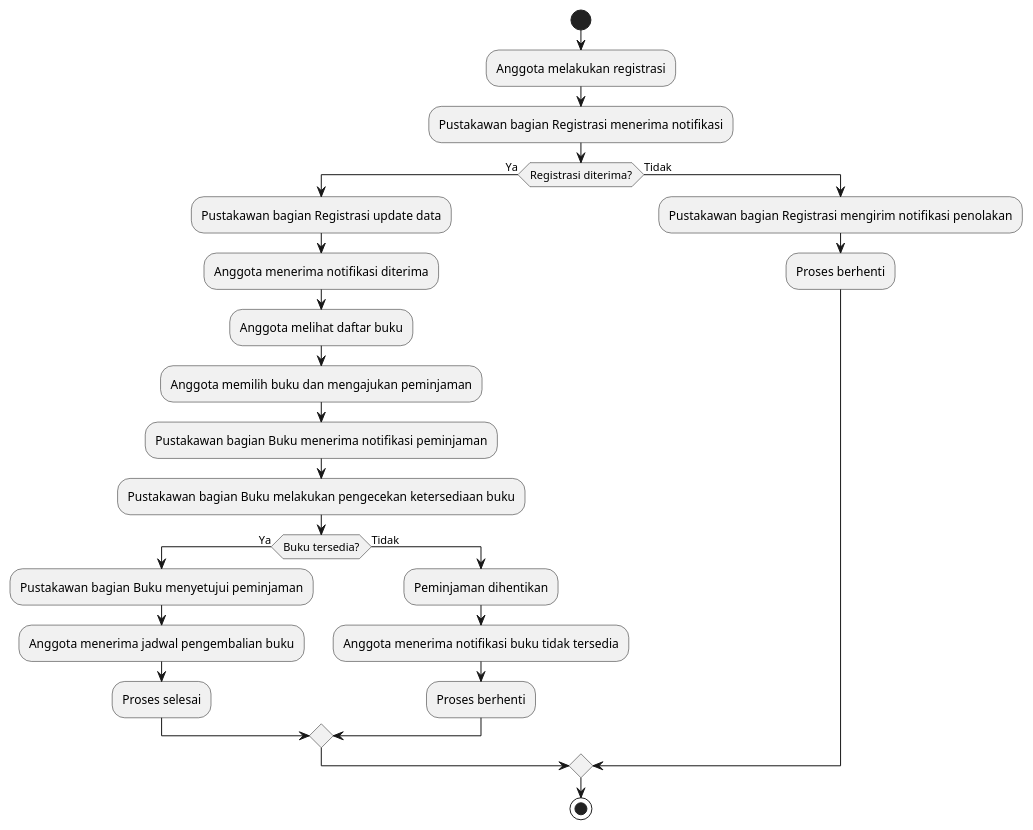
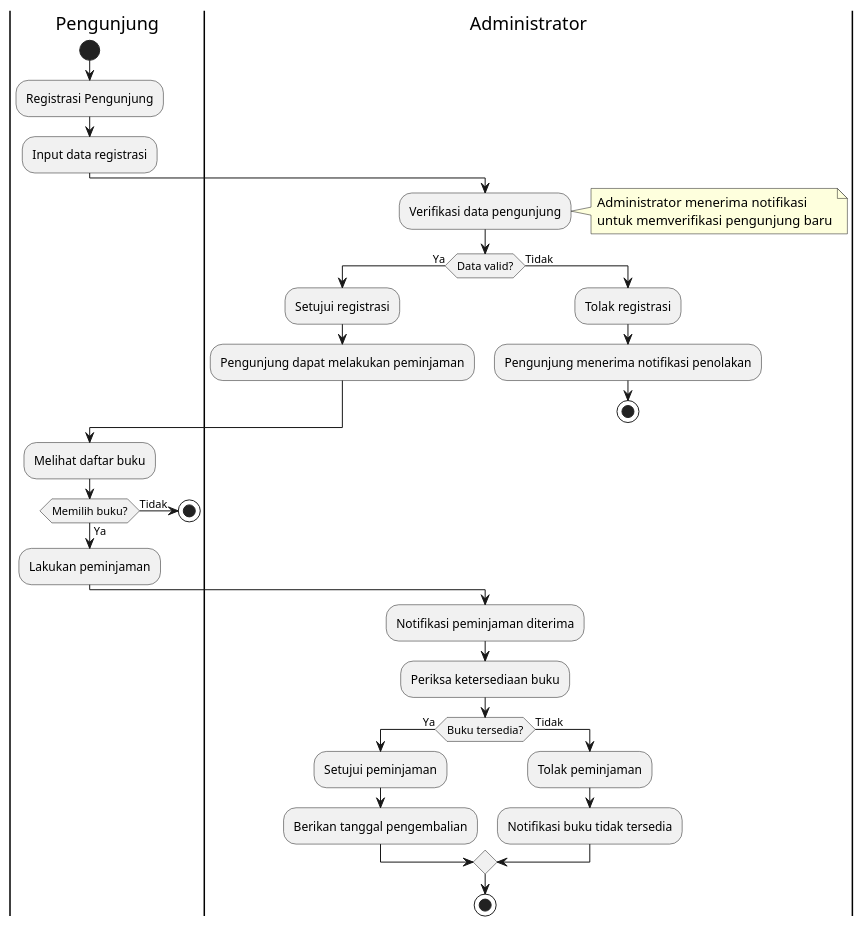
One commit to iqbalbn03/desain-algo changed the diagram in UTS/dokumen/flowchart.puml. Above: the diagram before and after it, drawn with PlantUML. The commit also changed 2 other files, not shown here.

```diff
--- a/UTS/dokumen/flowchart.puml
+++ b/UTS/dokumen/flowchart.puml
@@ -1,29 +1,40 @@
 @startuml flowchart
+|Pengunjung|
 start
+:Registrasi Pengunjung;
+:Input data registrasi;
 
-:Anggota melakukan registrasi;
-:Pustakawan bagian Registrasi menerima notifikasi;
-if (Registrasi diterima?) then (Ya)
-    :Pustakawan bagian Registrasi update data;
-    :Anggota menerima notifikasi diterima;
-    :Anggota melihat daftar buku;
-    :Anggota memilih buku dan mengajukan peminjaman;
-    :Pustakawan bagian Buku menerima notifikasi peminjaman;
-    :Pustakawan bagian Buku melakukan pengecekan ketersediaan buku;
-    
-    if (Buku tersedia?) then (Ya)
-        :Pustakawan bagian Buku menyetujui peminjaman;
-        :Anggota menerima jadwal pengembalian buku;
-        :Proses selesai;
-    else (Tidak)
-        :Peminjaman dihentikan;
-        :Anggota menerima notifikasi buku tidak tersedia;
-        :Proses berhenti;
-    endif
+|Administrator|
+:Verifikasi data pengunjung;
+note right: Administrator menerima notifikasi \nuntuk memverifikasi pengunjung baru
+if (Data valid?) then (Ya)
+  :Setujui registrasi;
+  :Pengunjung dapat melakukan peminjaman;
 else (Tidak)
-    :Pustakawan bagian Registrasi mengirim notifikasi penolakan;
-    :Proses berhenti;
+  :Tolak registrasi;
+  :Pengunjung menerima notifikasi penolakan;
+  stop
+endif
+
+|Pengunjung|
+:Melihat daftar buku;
+if (Memilih buku?) then (Ya)
+  :Lakukan peminjaman;
+else (Tidak)
+  stop
+endif
+
+|Administrator|
+:Notifikasi peminjaman diterima;
+:Periksa ketersediaan buku;
+
+if (Buku tersedia?) then (Ya)
+  :Setujui peminjaman;
+  :Berikan tanggal pengembalian;
+else (Tidak)
+  :Tolak peminjaman;
+  :Notifikasi buku tidak tersedia;
 endif
 
 stop
 @enduml
```
